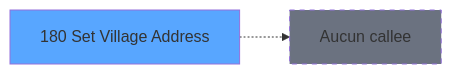
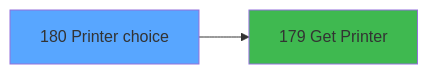
The third of 3 diagrams in .openspec/specs/ADH-IDE-180.md (thonyAGP/lecteur-magic), drawn with Mermaid before and after one commit. The commit also changed other lines of this file and 493 other files, not shown here.

````diff
--- a/.openspec/specs/ADH-IDE-180.md
+++ b/.openspec/specs/ADH-IDE-180.md
@@ -145,8 +630,8 @@
 ```mermaid
 graph LR
-    T180[180 Set Village Address]
+    T180[180 Printer choice]
     style T180 fill:#58a6ff
-    NONE[Aucun callee]
-    T180 -.-> NONE
-    style NONE fill:#6b7280,stroke-dasharray: 5 5
+    C179[179 Get Printer]
+    T180 --> C179
+    style C179 fill:#3fb950
 ```
````
